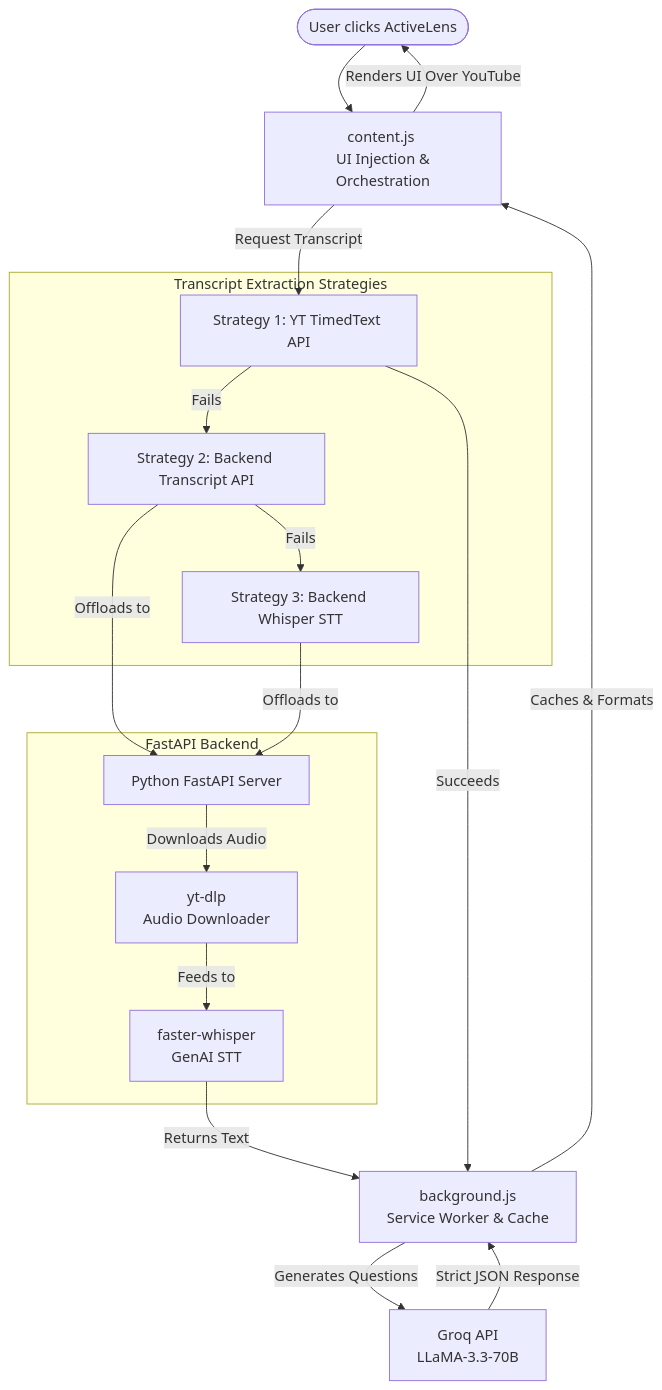
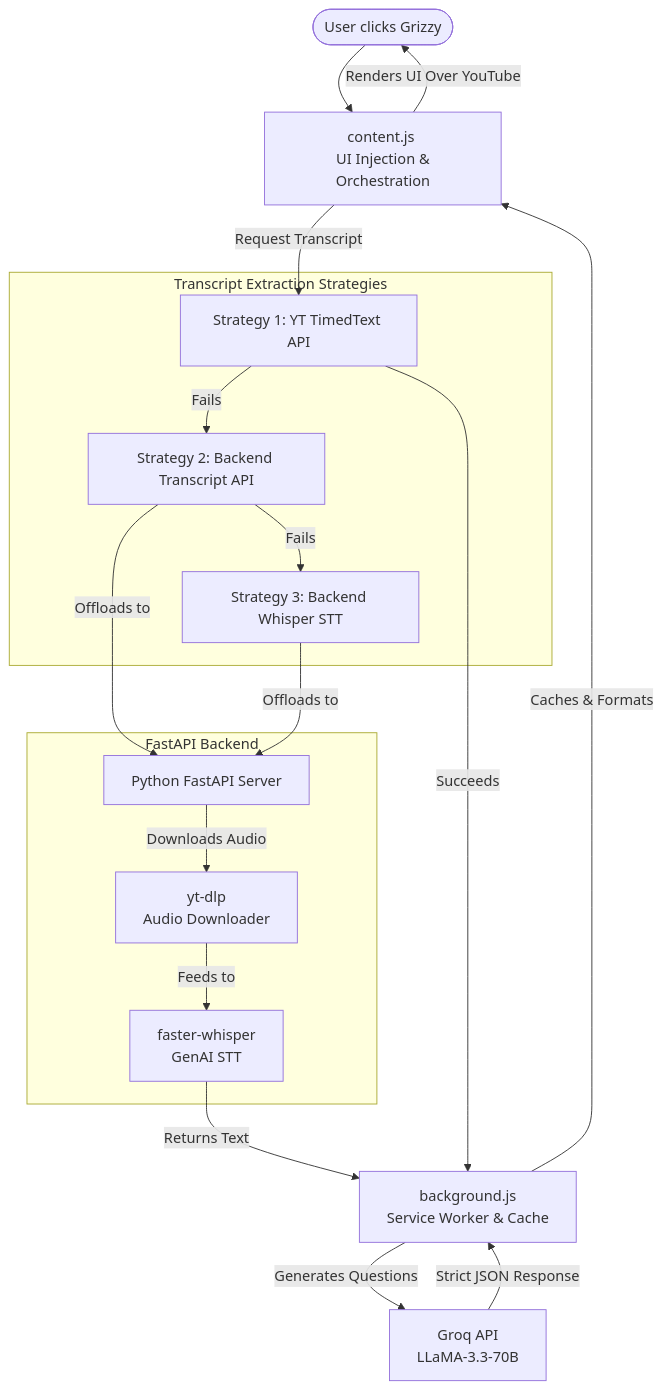
One commit to b8matrix/grizzy-project changed the diagram in README.md. Above: the diagram before and after it, drawn with Mermaid. The commit also changed other lines of this file and 11 other files, not shown here.

Commit message:
chore: rebrand ActiveLens to Grizzy across codebase

````diff
--- a/README.md
+++ b/README.md
@@ -11,40 +11,40 @@
 ```mermaid
 flowchart TD
     %% Define Nodes
-    User([User clicks ActiveLens])
+    User([User clicks Grizzy])
     ContentJS[content.js <br> UI Injection & Orchestration]
     BackgroundJS[background.js <br> Service Worker & Cache]
     Groq[Groq API <br> LLaMA-3.3-70B]
     
     subgraph Transcript Extraction Strategies
         Strat1[Strategy 1: YT TimedText API]
         Strat2[Strategy 2: Backend Transcript API]
         Strat3[Strategy 3: Backend Whisper STT]
     end
 
     subgraph FastAPI Backend
         FastAPI[Python FastAPI Server]
         YT_DLP[yt-dlp <br> Audio Downloader]
         Whisper[faster-whisper <br> GenAI STT]
     end
 
     %% Define Flow
     User --> ContentJS
     ContentJS -->|Request Transcript| Strat1
     Strat1 -- Fails --> Strat2
     Strat2 -->|Offloads to| FastAPI
     Strat2 -- Fails --> Strat3
     Strat3 -->|Offloads to| FastAPI
     
     FastAPI -->|Downloads Audio| YT_DLP
     YT_DLP -->|Feeds to| Whisper
     Whisper -->|Returns Text| BackgroundJS
 
     Strat1 -- Succeeds --> BackgroundJS
     
     BackgroundJS -->|Generates Questions| Groq
     Groq -->|Strict JSON Response| BackgroundJS
     
     BackgroundJS -->|Caches & Formats| ContentJS
     ContentJS -->|Renders UI Over YouTube| User
 ```
````
